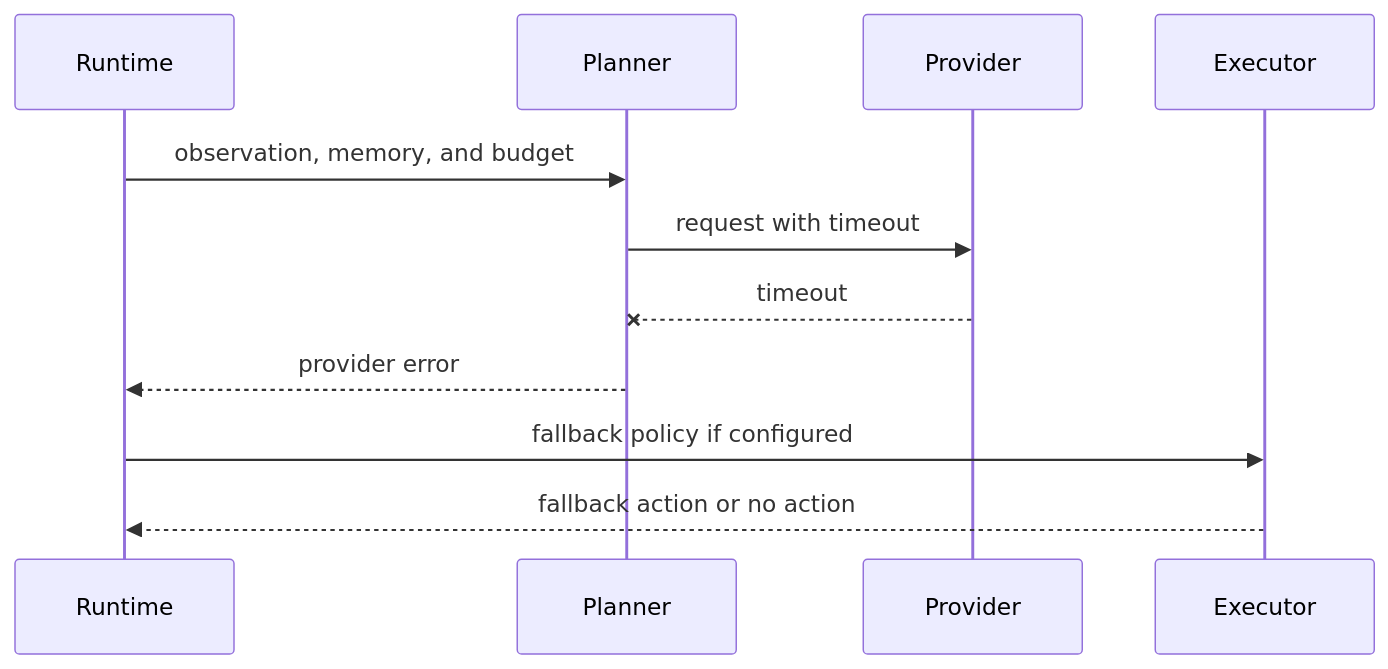
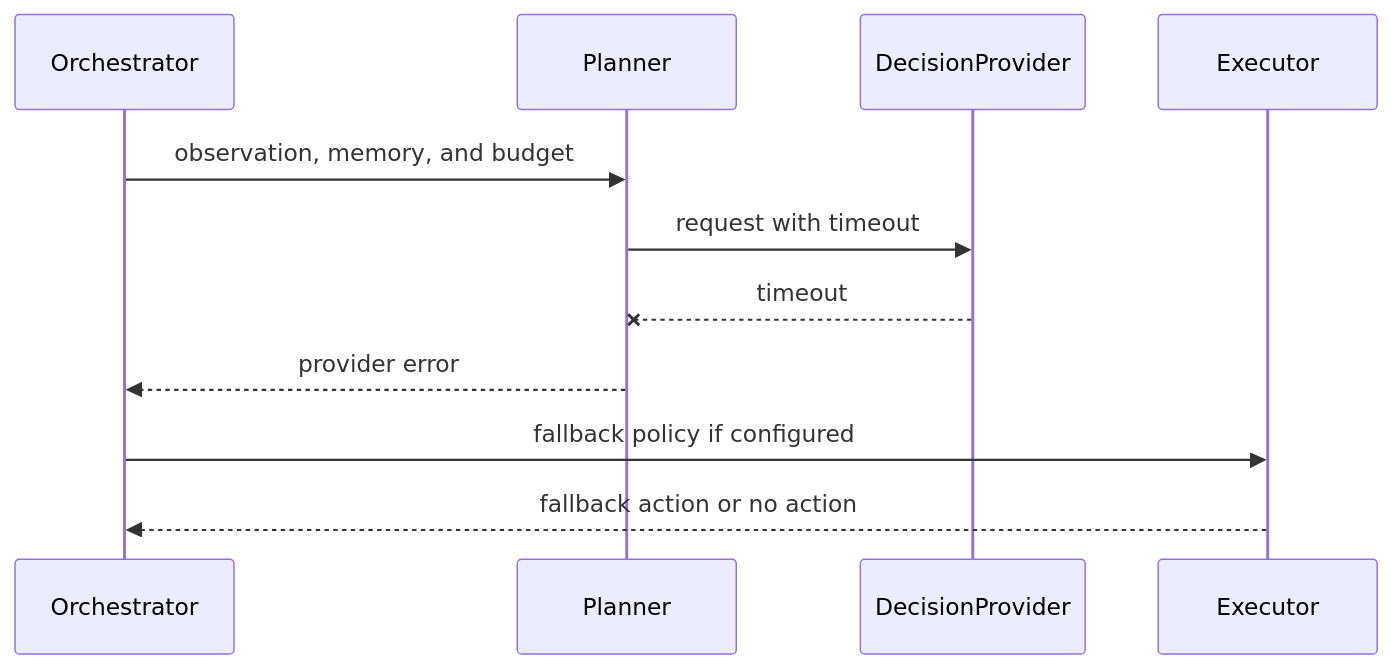
One commit to Vectology-cloud-team/namma-rogue-agent changed the second of 2 diagrams in docs/runtime-sequence.md. Above: the diagram before and after it, drawn with Mermaid. The commit also changed other lines of this file and 11 other files, not shown here.

````diff
--- a/docs/runtime-sequence.md
+++ b/docs/runtime-sequence.md
@@ -67,14 +69,14 @@
 ```mermaid
 sequenceDiagram
-    participant Runtime
+    participant Orchestrator
     participant Planner
-    participant Provider
+    participant DecisionProvider
     participant Executor
 
-    Runtime->>Planner: observation, memory, and budget
-    Planner->>Provider: request with timeout
-    Provider--xPlanner: timeout
-    Planner-->>Runtime: provider error
-    Runtime->>Executor: fallback policy if configured
-    Executor-->>Runtime: fallback action or no action
+    Orchestrator->>Planner: observation, memory, and budget
+    Planner->>DecisionProvider: request with timeout
+    DecisionProvider--xPlanner: timeout
+    Planner-->>Orchestrator: provider error
+    Orchestrator->>Executor: fallback policy if configured
+    Executor-->>Orchestrator: fallback action or no action
 ```
````
